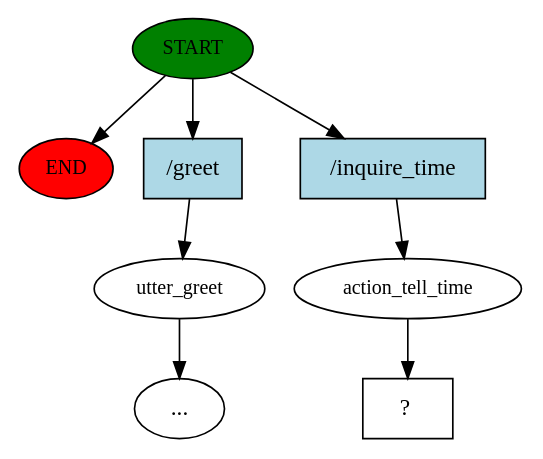
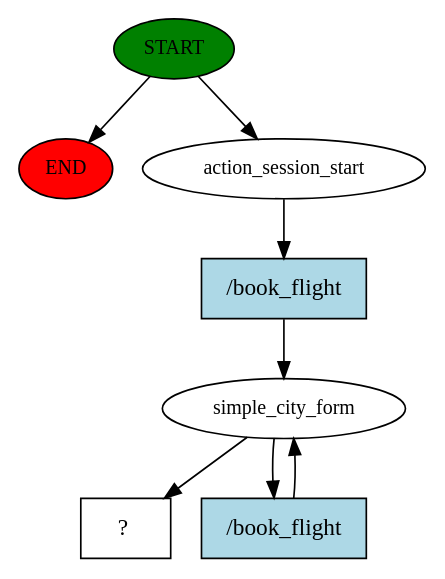
One commit to Xu-Mingxuan/Python-examples changed the diagram in Exercise/group work/rasa-init-demo/story_graph.dot. Above: the diagram before and after it, drawn with Graphviz. The commit also changed 259 other files, not shown here.

```diff
--- a/Exercise/group work/rasa-init-demo/story_graph.dot
+++ b/Exercise/group work/rasa-init-demo/story_graph.dot
@@ -1,17 +1,16 @@
 digraph  {
 0 [class="start active", fillcolor=green, fontsize=12, label=START, style=filled];
 "-1" [class=end, fillcolor=red, fontsize=12, label=END, style=filled];
-1 [class="", fontsize=12, label=utter_greet];
-"-5" [class=ellipsis, label="..."];
-4 [class=active, fontsize=12, label=action_tell_time];
-5 [class="intent dashed active", label="  ?  ", shape=rect];
-6 [class=intent, fillcolor=lightblue, label="/greet", shape=rect, style=filled];
-7 [class="intent active", fillcolor=lightblue, label="/inquire_time", shape=rect, style=filled];
+1 [class=active, fontsize=12, label=action_session_start];
+2 [class=active, fontsize=12, label=simple_city_form];
+4 [class="intent dashed active", label="  ?  ", shape=rect];
+5 [class="intent active", fillcolor=lightblue, label="/book_flight", shape=rect, style=filled];
+6 [class="intent active", fillcolor=lightblue, label="/book_flight", shape=rect, style=filled];
 0 -> "-1"  [class="", key=NONE, label=""];
-0 -> 6  [class="", key=0];
-0 -> 7  [class=active, key=0];
-1 -> "-5"  [class="", key=NONE, label=""];
-4 -> 5  [class=active, key=NONE, label=""];
-6 -> 1  [class="", key=0];
-7 -> 4  [class=active, key=0];
+0 -> 1  [class=active, key=NONE, label=""];
+1 -> 5  [class=active, key=0];
+2 -> 4  [class=active, key=NONE, label=""];
+2 -> 6  [class=active, key=0];
+5 -> 2  [class=active, key=0];
+6 -> 2  [class=active, key=0];
 }
```
